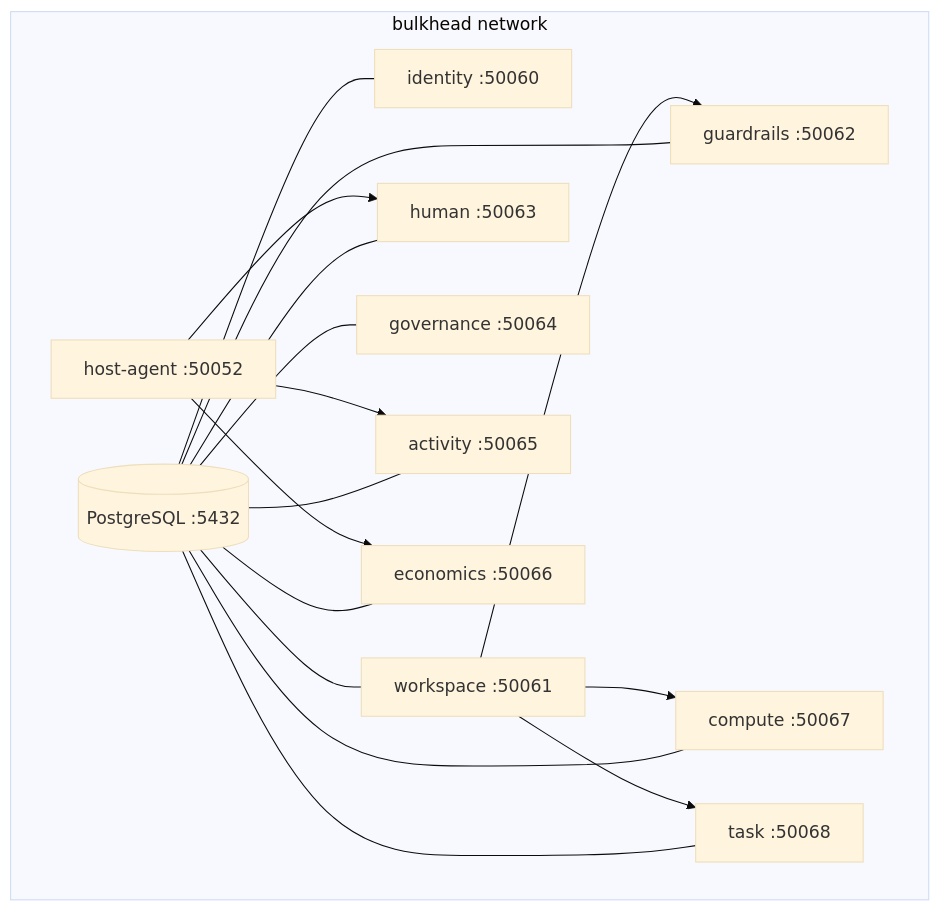
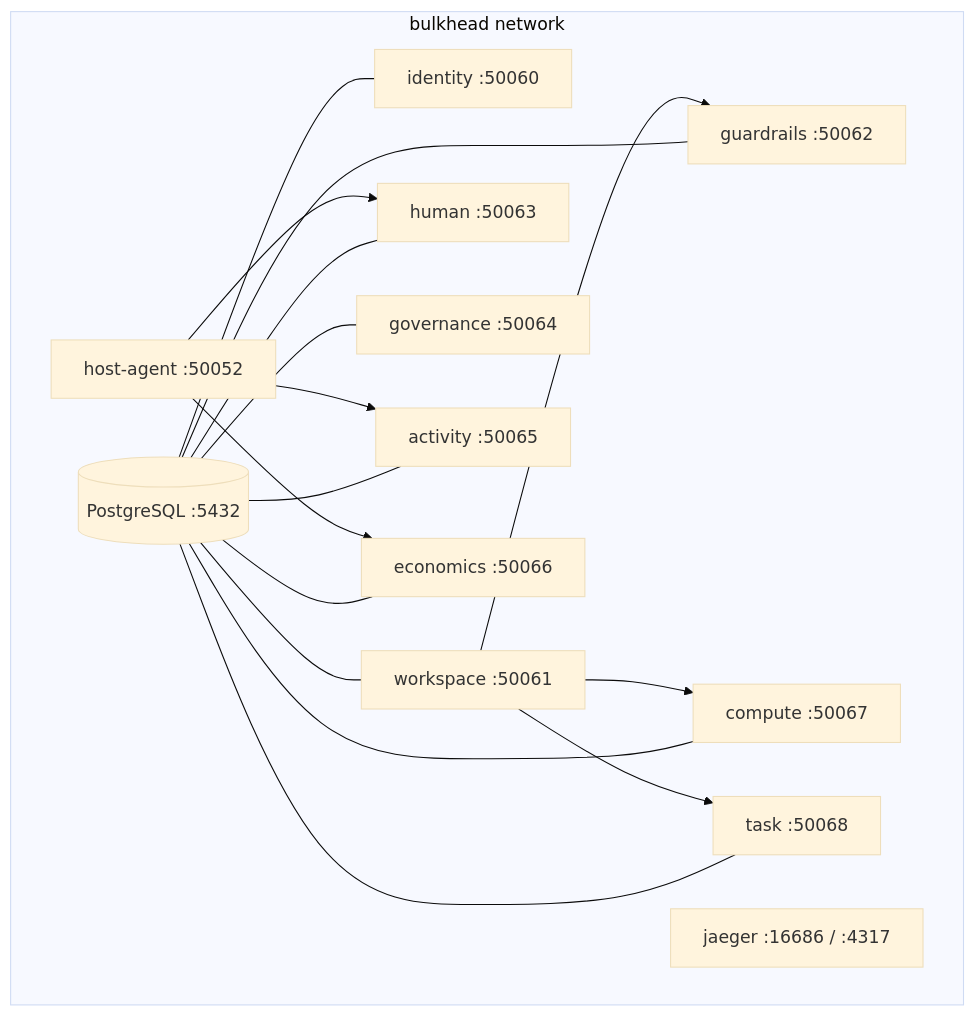
Before and after one commit to Baselyne-Systems/agent-sandbox-platform: the diagram in docs/deployment.md, drawn with Mermaid (base theme). The commit also changed other lines of this file and 4 other files, not shown here.

````diff
--- a/docs/deployment.md
+++ b/docs/deployment.md
@@ -81,27 +81,28 @@
 ```mermaid
 graph TB
     subgraph net["bulkhead network"]
         PG[("PostgreSQL :5432")]
 
         identity["identity :50060"]
         workspace["workspace :50061"]
         guardrails["guardrails :50062"]
         human["human :50063"]
         governance["governance :50064"]
         activity["activity :50065"]
         economics["economics :50066"]
         compute["compute :50067"]
         task["task :50068"]
         runtime["host-agent :50052"]
+        jaeger["jaeger :16686 / :4317"]
 
         PG --- identity & workspace & guardrails & human
         PG --- governance & activity & economics & compute & task
 
         workspace --> compute
         workspace --> guardrails
         workspace --> task
         runtime --> human
         runtime --> activity
         runtime --> economics
     end
 ```
````
